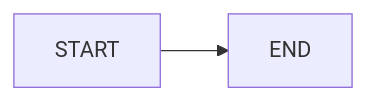
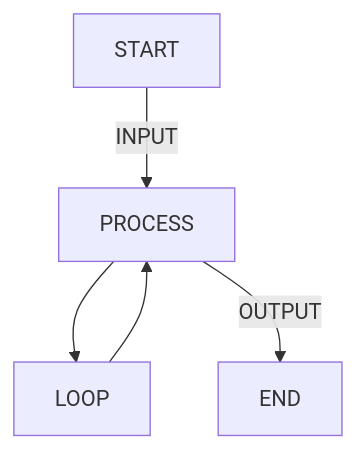
One commit to hammadshakeelai/Mermaid-Language-2026 changed the sixth of 10 diagrams in MERMAID.md. Above: the diagram before and after it, drawn with Mermaid. The commit also changed other lines of this file, not shown here.

````diff
--- a/MERMAID.md
+++ b/MERMAID.md
@@ -32,4 +32,7 @@
 ```mermaid
-flowchart LR 
-    X[START] --> END
+flowchart TD
+    P --> LOOP
+    LOOP --> P
+    X[START] -->|INPUT| P[PROCESS]
+    P -->|OUTPUT| E[END]
 ```
````
